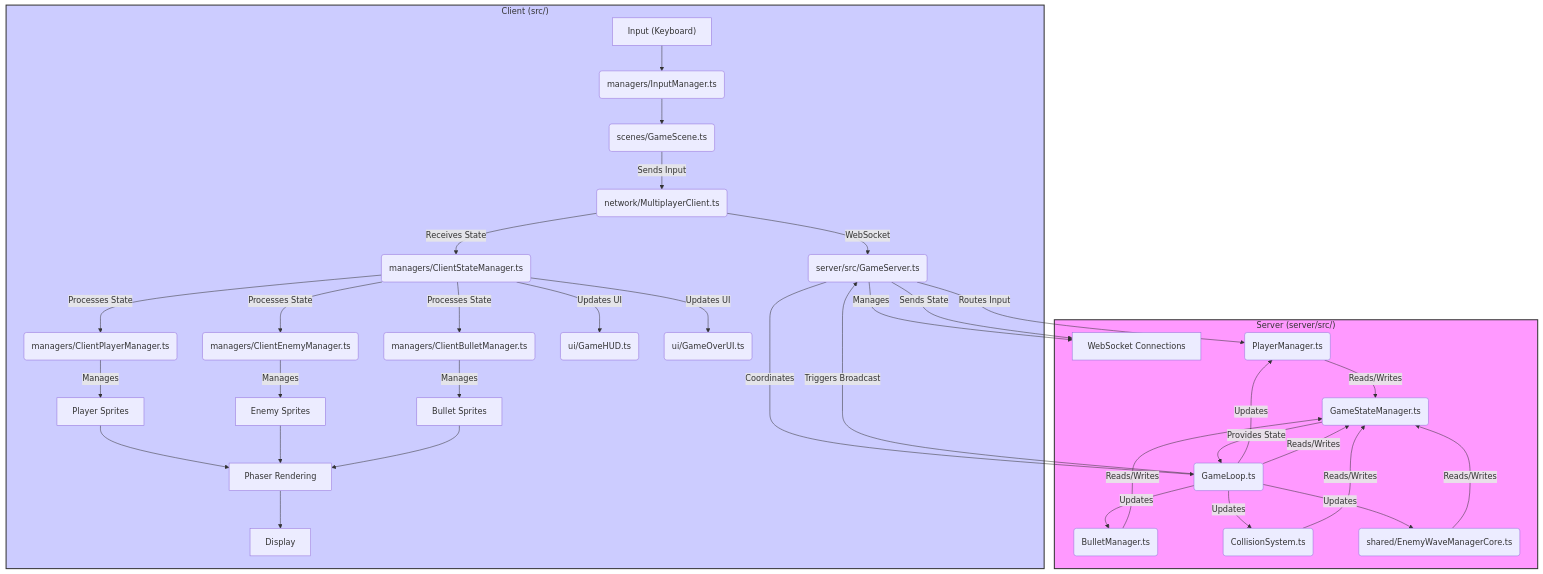
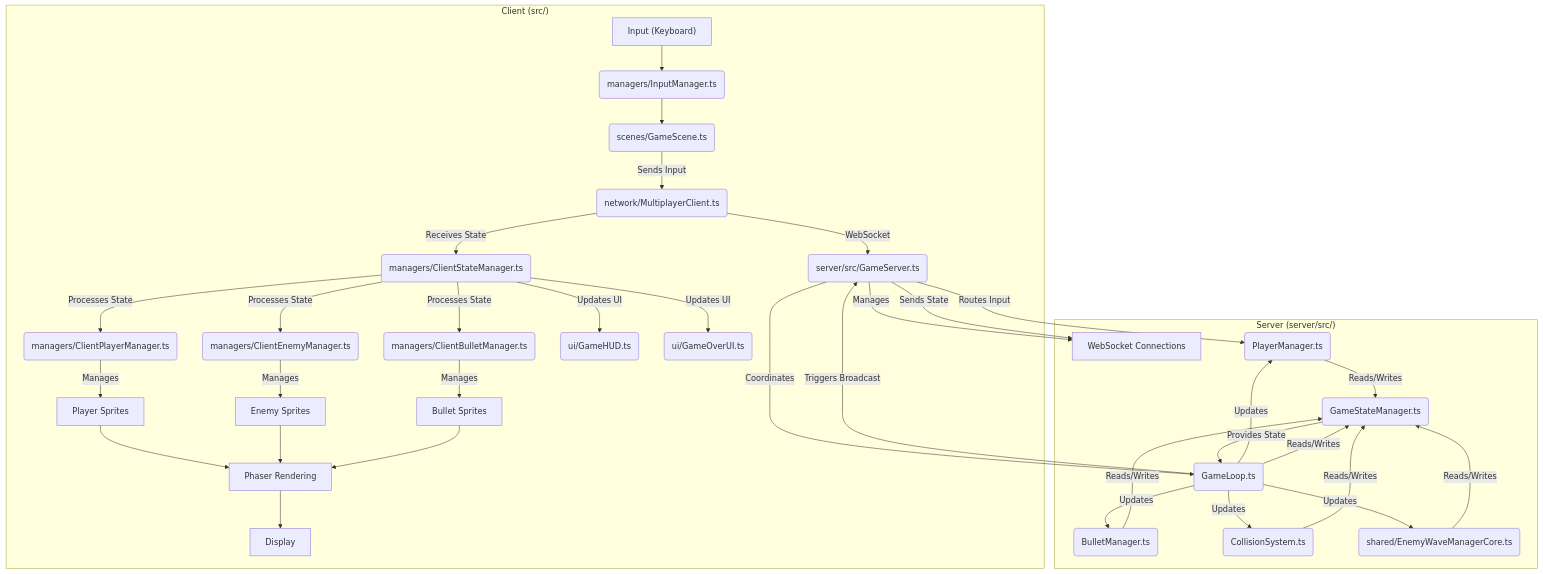
Before and after one commit to mzeman/multiplayerArcadeSpaceGame: the first of 3 diagrams in docs/comprehensive_game_documentation.md, drawn with Mermaid. The commit also changed other lines of this file, not shown here.

Commit message:
Fix: Correct Mermaid diagrams in documentation

````diff
--- a/docs/comprehensive_game_documentation.md
+++ b/docs/comprehensive_game_documentation.md
@@ -32,42 +32,40 @@
 ```mermaid
 graph TD
     subgraph Client ["Client (src/)"]
         Input["Input (Keyboard)"] --> IM(managers/InputManager.ts)
         IM --> GS(scenes/GameScene.ts)
         GS -- Sends Input --> MC(network/MultiplayerClient.ts)
         MC -- WebSocket --> S_GS(server/src/GameServer.ts)
         MC -- Receives State --> CSM(managers/ClientStateManager.ts)
         CSM -- Processes State --> CPM(managers/ClientPlayerManager.ts)
         CSM -- Processes State --> CEM(managers/ClientEnemyManager.ts)
         CSM -- Processes State --> CBM(managers/ClientBulletManager.ts)
         CSM -- Updates UI --> HUD(ui/GameHUD.ts)
         CSM -- Updates UI --> GOU(ui/GameOverUI.ts)
         CPM -- Manages --> PlayerSprites[Player Sprites]
         CEM -- Manages --> EnemySprites[Enemy Sprites]
         CBM -- Manages --> BulletSprites[Bullet Sprites]
         PlayerSprites --> Render[Phaser Rendering]
         EnemySprites --> Render
         BulletSprites --> Render
         Render --> Display
     end
     subgraph Server ["Server (server/src/)"]
         S_GS -- Manages --> S_WS[WebSocket Connections]
         S_GS -- Routes Input --> S_PM(PlayerManager.ts)
         S_GS -- Coordinates --> S_Loop(GameLoop.ts)
         S_Loop -- Updates --> S_PM
         S_Loop -- Updates --> S_BM(BulletManager.ts)
         S_Loop -- Updates --> S_CS(CollisionSystem.ts)
         S_Loop -- Updates --> S_EWM(shared/EnemyWaveManagerCore.ts)
         S_Loop -- Reads/Writes --> S_GSM(GameStateManager.ts)
         S_PM -- Reads/Writes --> S_GSM
         S_BM -- Reads/Writes --> S_GSM
         S_CS -- Reads/Writes --> S_GSM
         S_EWM -- Reads/Writes --> S_GSM
         S_GSM -- Provides State --> S_Loop
         S_Loop -- Triggers Broadcast --> S_GS
         S_GS -- Sends State --> S_WS
     end
 
-    style Client fill:#ccf,stroke:#333,stroke-width:2px
-    style Server fill:#f9f,stroke:#333,stroke-width:2px
 ```
````
